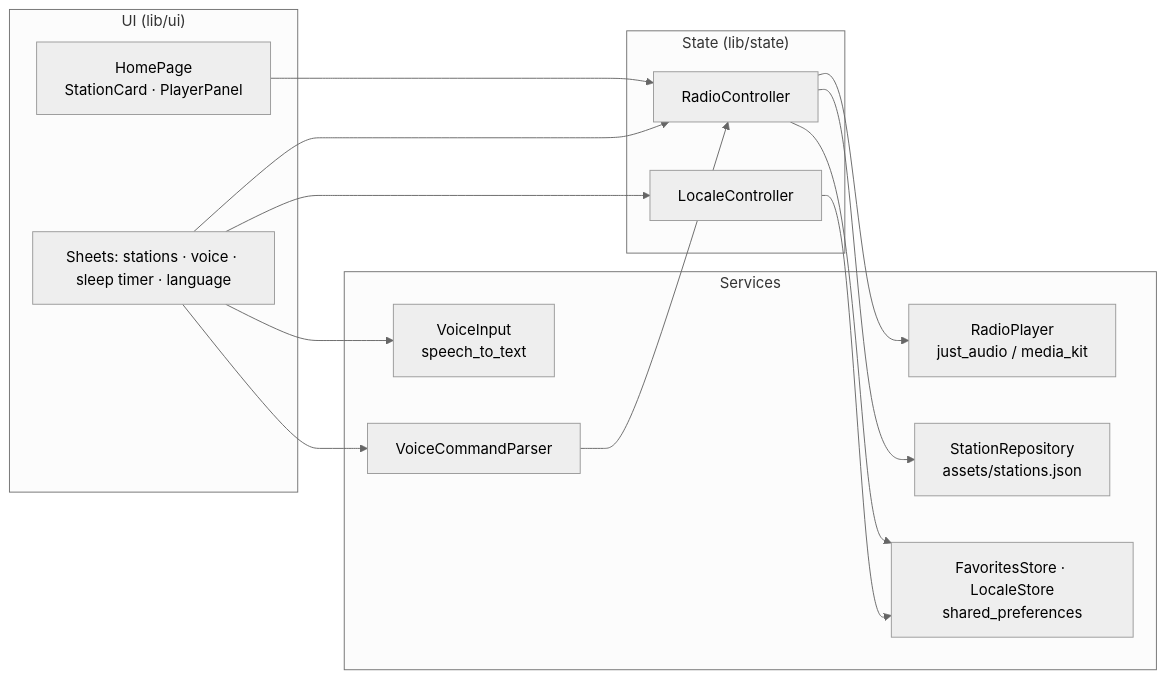
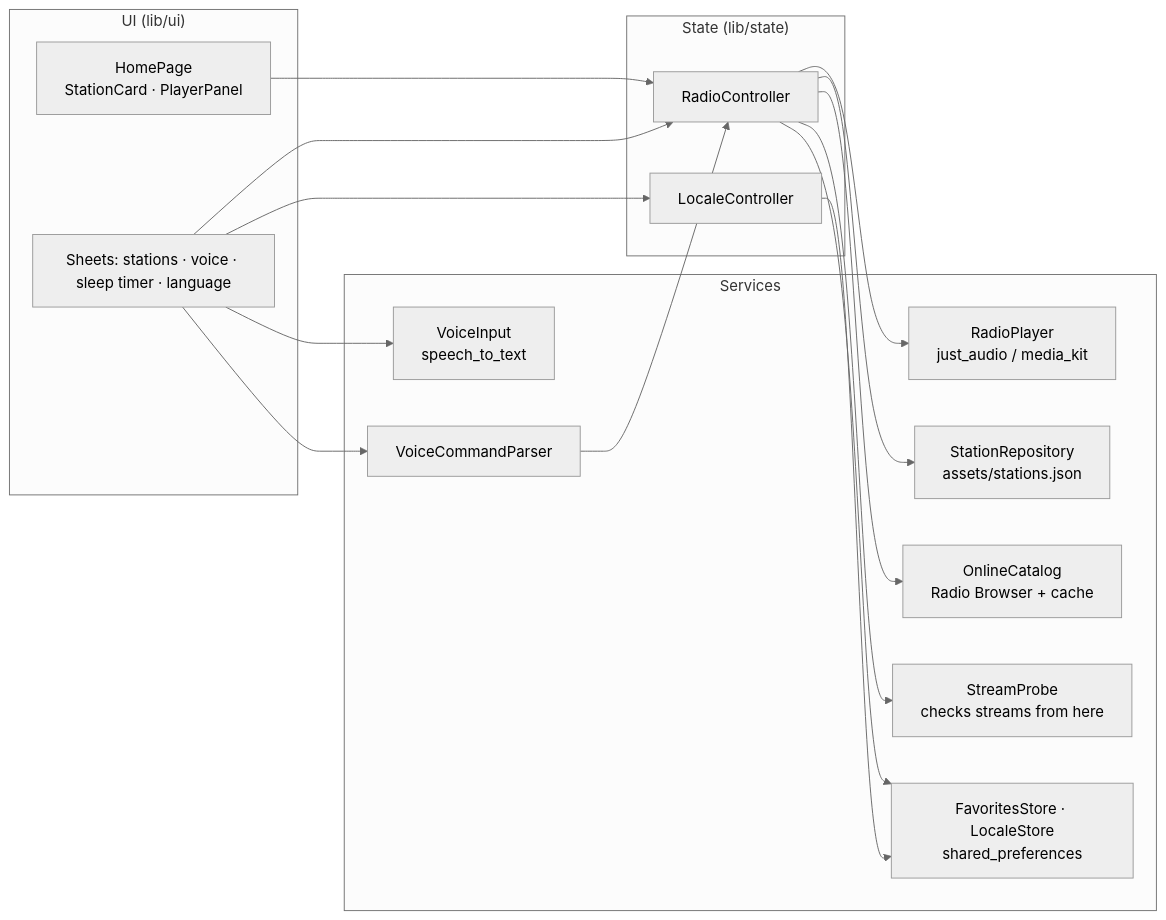
Before and after one commit to Staery/radioapp: the diagram in README.md, drawn with Mermaid (neutral theme). The commit also changed other lines of this file and 7 other files, not shown here.

````diff
--- a/README.md
+++ b/README.md
@@ -84,30 +93,34 @@
 ```mermaid
 flowchart LR
     subgraph UI["UI (lib/ui)"]
         H[HomePage<br/>StationCard · PlayerPanel]
         SH[Sheets: stations · voice · sleep timer · language]
     end
 
     subgraph State["State (lib/state)"]
         RC[RadioController]
         LC[LocaleController]
     end
 
     subgraph Services
         P[RadioPlayer<br/>just_audio / media_kit]
         V[VoiceInput<br/>speech_to_text]
         VP[VoiceCommandParser]
         R[StationRepository<br/>assets/stations.json]
+        OC[OnlineCatalog<br/>Radio Browser + cache]
+        SP[StreamProbe<br/>checks streams from here]
         F[FavoritesStore · LocaleStore<br/>shared_preferences]
     end
 
     H --> RC
     SH --> RC
     SH --> LC
     SH --> V
     SH --> VP --> RC
     RC --> P
     RC --> R
+    RC --> OC
+    RC --> SP
     RC --> F
     LC --> F
 ```
````
